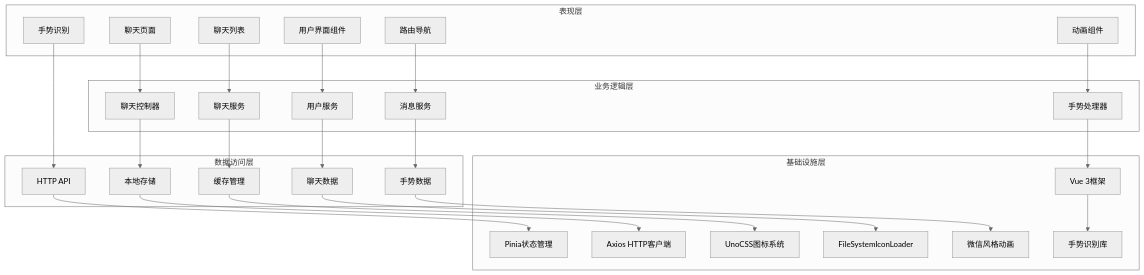
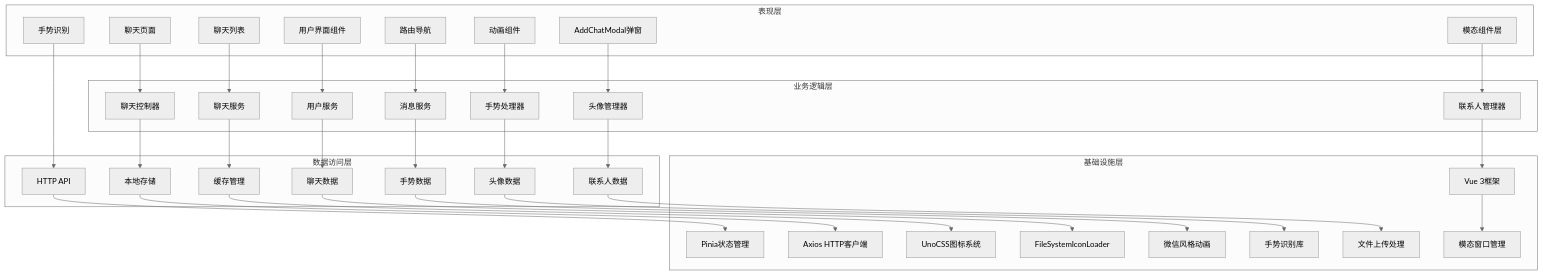
Before and after one commit to giserman001/vue3-vant4-mobile: the second of 20 diagrams in .qoder/repowiki/zh/content/核心系统/聊天系统.md, drawn with Mermaid (neutral theme). The commit also changed other lines of this file and 4 other files, not shown here.

````diff
--- a/.qoder/repowiki/zh/content/核心系统/聊天系统.md
+++ b/.qoder/repowiki/zh/content/核心系统/聊天系统.md
@@ -174,51 +196,65 @@
 ```mermaid
 graph TD
 subgraph "表现层"
 A[聊天页面]
 B[聊天列表]
 C[用户界面组件]
 D[路由导航]
 E[动画组件]
 F[手势识别]
+G[AddChatModal弹窗]
+H[模态组件层]
 end
 subgraph "业务逻辑层"
-G[聊天控制器]
-H[聊天服务]
-I[用户服务]
-J[消息服务]
-K[手势处理器]
+I[聊天控制器]
+J[聊天服务]
+K[用户服务]
+L[消息服务]
+M[手势处理器]
+N[头像管理器]
+O[联系人管理器]
 end
 subgraph "数据访问层"
-L[HTTP API]
-M[本地存储]
-N[缓存管理]
-O[聊天数据]
-P[手势数据]
+P[HTTP API]
+Q[本地存储]
+R[缓存管理]
+S[聊天数据]
+T[手势数据]
+U[头像数据]
+V[联系人数据]
 end
 subgraph "基础设施层"
-Q[Vue 3框架]
-R[Pinia状态管理]
-S[Axios HTTP客户端]
-T[UnoCSS图标系统]
-U[FileSystemIconLoader]
-V[微信风格动画]
-W[手势识别库]
+W[Vue 3框架]
+X[Pinia状态管理]
+Y[Axios HTTP客户端]
+Z[UnoCSS图标系统]
+AA[FileSystemIconLoader]
+BB[微信风格动画]
+CC[手势识别库]
+DD[文件上传处理]
+EE[模态窗口管理]
 end
-A --> G
-B --> H
-C --> I
-D --> J
-E --> K
-F --> L
-G --> M
-H --> N
-I --> O
-J --> P
-K --> Q
-L --> R
-M --> S
-N --> T
-O --> U
-P --> V
-Q --> W
+A --> I
+B --> J
+C --> K
+D --> L
+E --> M
+F --> P
+G --> N
+H --> O
+I --> Q
+J --> R
+K --> S
+L --> T
+M --> U
+N --> V
+O --> W
+P --> X
+Q --> Y
+R --> Z
+S --> AA
+T --> BB
+U --> CC
+V --> DD
+W --> EE
 ```
````
